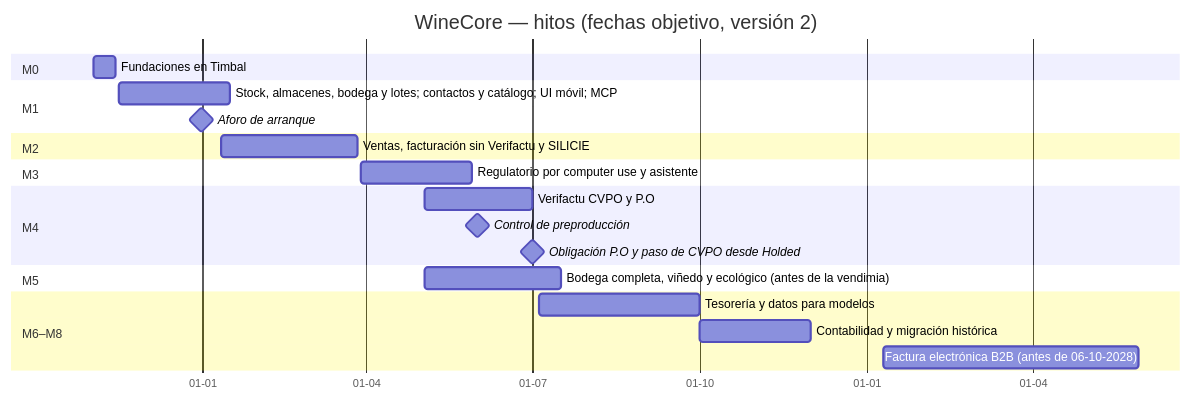
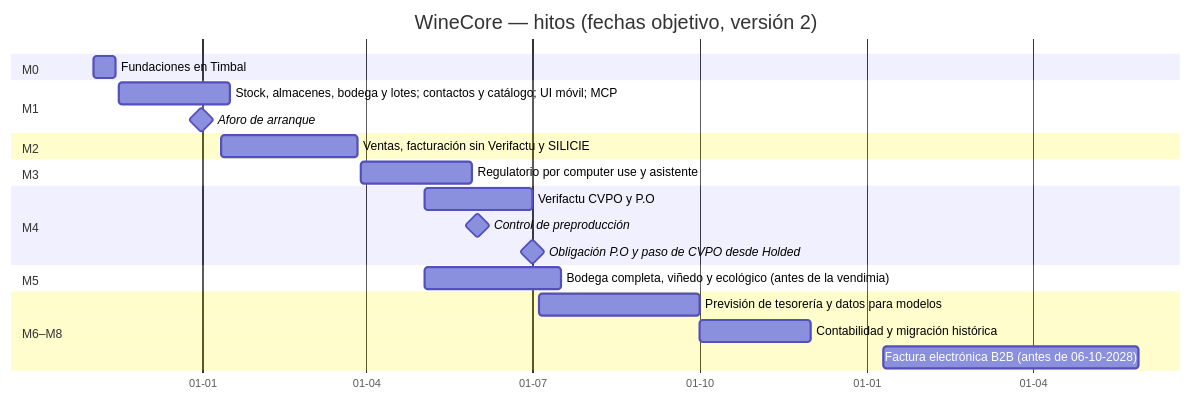
The diagram in docs/09-roadmap.md (pedrolivaresanchez/winecore), drawn with Mermaid before and after one commit. The commit also changed other lines of this file and 9 other files, not shown here.

````diff
--- a/docs/09-roadmap.md
+++ b/docs/09-roadmap.md
@@ -7,25 +7,25 @@
 ```mermaid
 gantt
   dateFormat  YYYY-MM-DD
   axisFormat  %d-%m
   title WineCore — hitos (fechas objetivo, versión 2)
   section M0
   Fundaciones en Timbal                     :m0, 2026-11-02, 12d
   section M1
   Stock, almacenes, bodega y lotes; contactos y catálogo; UI móvil; MCP :m1, 2026-11-16, 61d
   Aforo de arranque                         :milestone, a1, 2026-12-31, 0d
   section M2
   Ventas, facturación sin Verifactu y SILICIE :m2, 2027-01-11, 75d
   section M3
   Regulatorio por computer use y asistente  :m3, 2027-03-29, 61d
   section M4
   Verifactu CVPO y P.O                      :m4, 2027-05-03, 59d
   Control de preproducción                  :milestone, g4, 2027-06-01, 0d
   Obligación P.O y paso de CVPO desde Holded :milestone, g5, 2027-07-01, 0d
   section M5
   Bodega completa, viñedo y ecológico (antes de la vendimia) :m5, 2027-05-03, 75d
   section M6–M8
-  Tesorería y datos para modelos            :m6, 2027-07-05, 88d
+  Previsión de tesorería y datos para modelos :m6, 2027-07-05, 88d
   Contabilidad y migración histórica        :m7, 2027-10-01, 61d
   Factura electrónica B2B (antes de 06-10-2028) :m8, 2028-01-10, 140d
 ```
````
